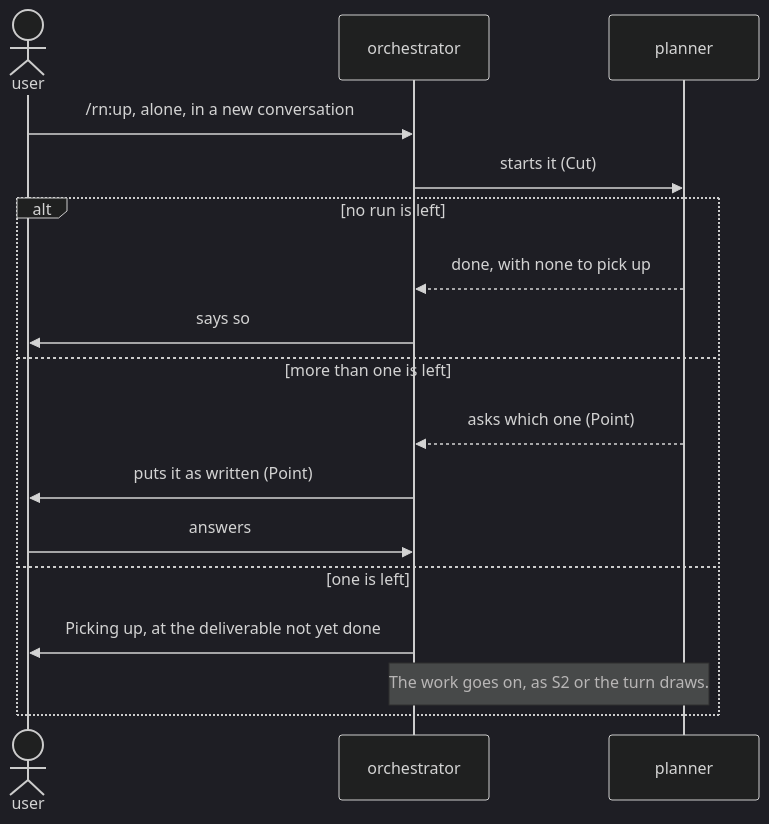
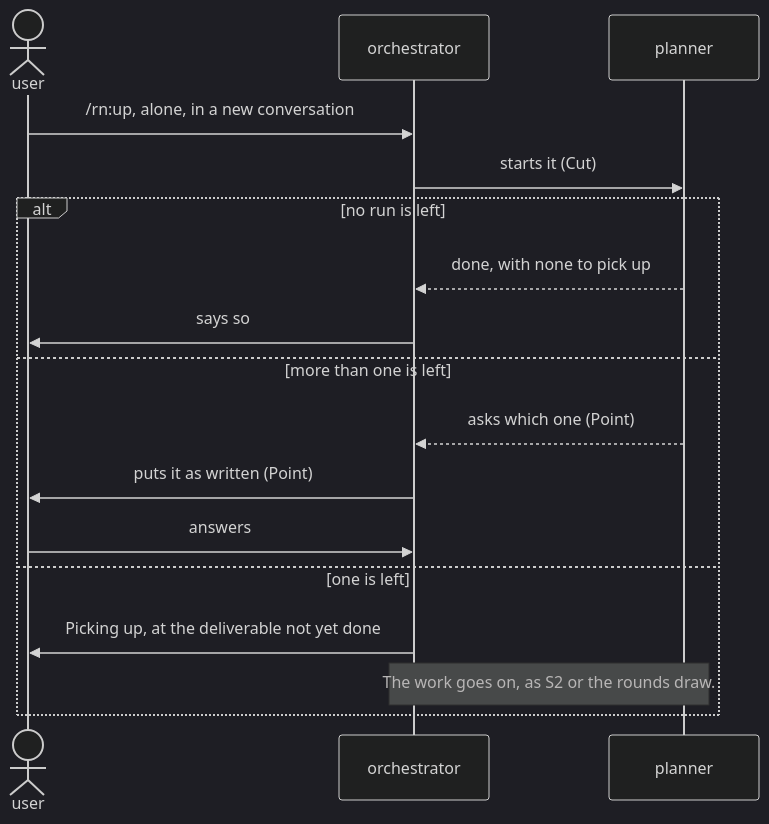
Before and after one commit to lovaizu/ccpm: the fourth of 5 diagrams in dev/rn/architecture.md, drawn with Mermaid (dark theme). The commit also changed other lines of this file and 4 other files, not shown here.

````diff
--- a/dev/rn/architecture.md
+++ b/dev/rn/architecture.md
@@ -237,19 +226,19 @@
 ```mermaid
 sequenceDiagram
   actor U as user
   participant O as orchestrator
   participant P as planner
   U->>O: /rn:up, alone, in a new conversation
   O->>P: starts it (Cut)
   alt no run is left
     P-->>O: done, with none to pick up
     O->>U: says so
   else more than one is left
     P-->>O: asks which one (Point)
     O->>U: puts it as written (Point)
     U->>O: answers
   else one is left
     O->>U: Picking up, at the deliverable not yet done
-    Note over O,P: The work goes on, as S2 or the turn draws.
+    Note over O,P: The work goes on, as S2 or the rounds draw.
   end
 ```
````
